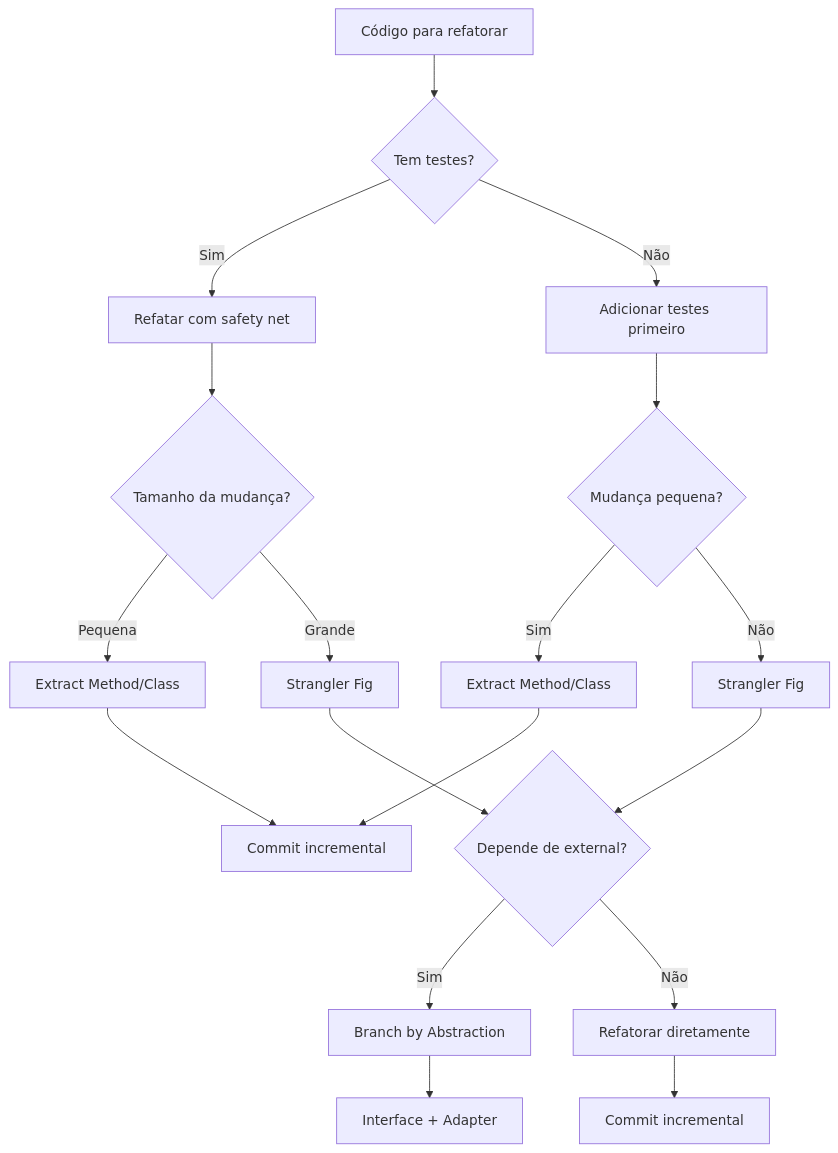
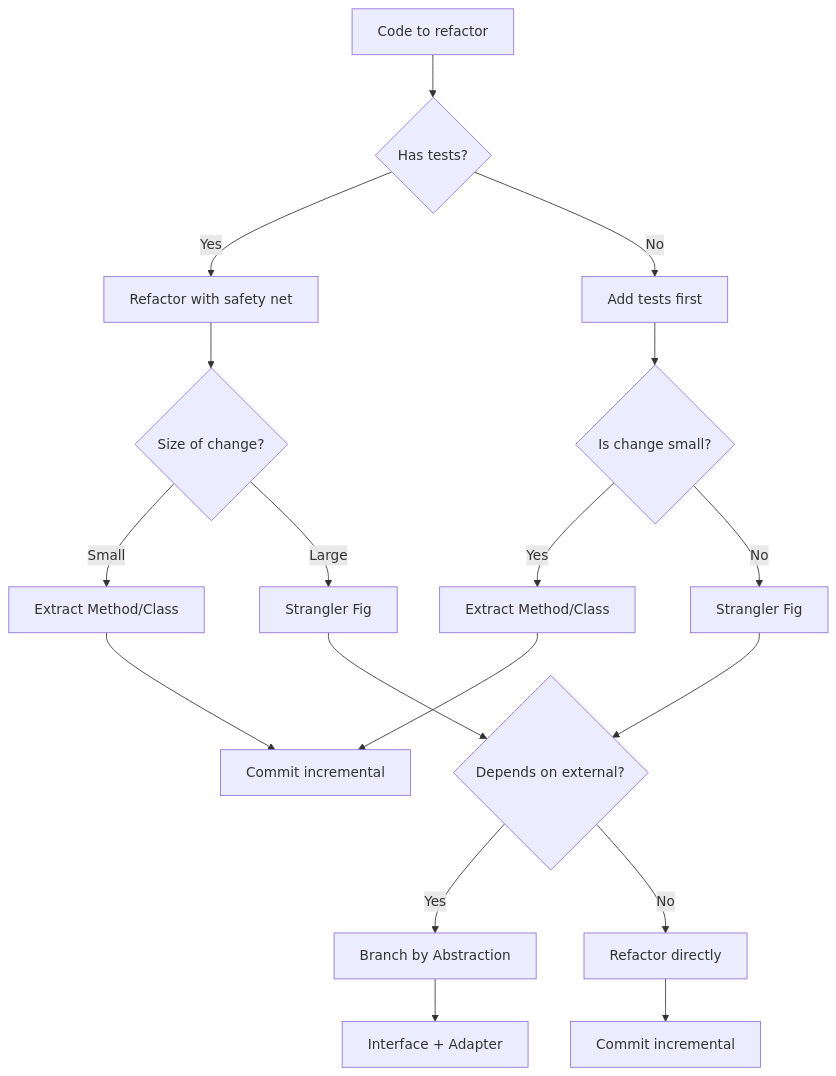
One commit to lscheffel/ignite-agents-skills changed the diagram in skills/refactoring/SKILL.md. Above: the diagram before and after it, drawn with Mermaid. The commit also changed other lines of this file and 1024 other files, not shown here.

````diff
--- a/skills/refactoring/SKILL.md
+++ b/skills/refactoring/SKILL.md
@@ -35,20 +46,20 @@
 ```mermaid
 graph TD
-    A[Código para refatorar] --> B{Tem testes?}
-    B -->|Sim| C[Refatar com safety net]
-    B -->|Não| D[Adicionar testes primeiro]
-    D --> E{Mudança pequena?}
-    C --> F{Tamanho da mudança?}
-    F -->|Pequena| G[Extract Method/Class]
-    F -->|Grande| H[Strangler Fig]
-    E -->|Sim| I[Extract Method/Class]
-    E -->|Não| J[Strangler Fig]
-    H --> K{Depende de external?}
+    A[Code to refactor] --> B{Has tests?}
+    B -->|Yes| C[Refactor with safety net]
+    B -->|No| D[Add tests first]
+    D --> E{Is change small?}
+    C --> F{Size of change?}
+    F -->|Small| G[Extract Method/Class]
+    F -->|Large| H[Strangler Fig]
+    E -->|Yes| I[Extract Method/Class]
+    E -->|No| J[Strangler Fig]
+    H --> K{Depends on external?}
     I --> L[Commit incremental]
     J --> K
-    K -->|Sim| M[Branch by Abstraction]
-    K -->|Não| N[Refatorar diretamente]
+    K -->|Yes| M[Branch by Abstraction]
+    K -->|No| N[Refactor directly]
     M --> O[Interface + Adapter]
     N --> P[Commit incremental]
     G --> L
 ```
````
